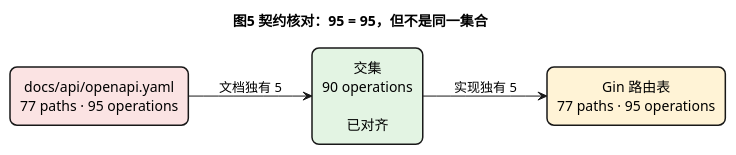
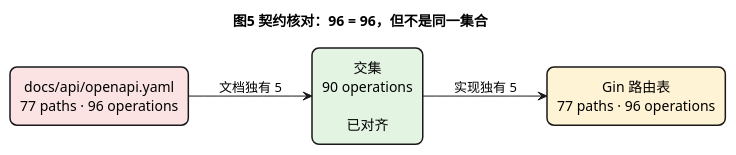
One commit to nickdevelop/dev_platform changed the fifth of 5 diagrams in docs/api/backend-api-inventory.md. Above: the diagram before and after it, drawn with PlantUML. The commit also changed other lines of this file and 45 other files, not shown here.

````diff
--- a/docs/api/backend-api-inventory.md
+++ b/docs/api/backend-api-inventory.md
@@ -372,19 +373,19 @@
 ```plantuml
 @startuml
-title 图5 契约核对：95 = 95，但不是同一集合
+title 图5 契约核对：96 = 96，但不是同一集合
 
 skinparam defaultTextAlignment center
 skinparam rectangle {
   RoundCorner 14
   BorderThickness 1.5
 }
 left to right direction
 
-rectangle "docs/api/openapi.yaml\n77 paths · 95 operations" as DOC #FBE3E3
+rectangle "docs/api/openapi.yaml\n77 paths · 96 operations" as DOC #FBE3E3
 rectangle "交集\n90 operations\n\n已对齐" as BOTH #E3F4E3
-rectangle "Gin 路由表\n77 paths · 95 operations" as CODE #FFF3D6
+rectangle "Gin 路由表\n77 paths · 96 operations" as CODE #FFF3D6
 
 DOC --> BOTH : 文档独有 5
 BOTH --> CODE : 实现独有 5
 @enduml
 ```
````
